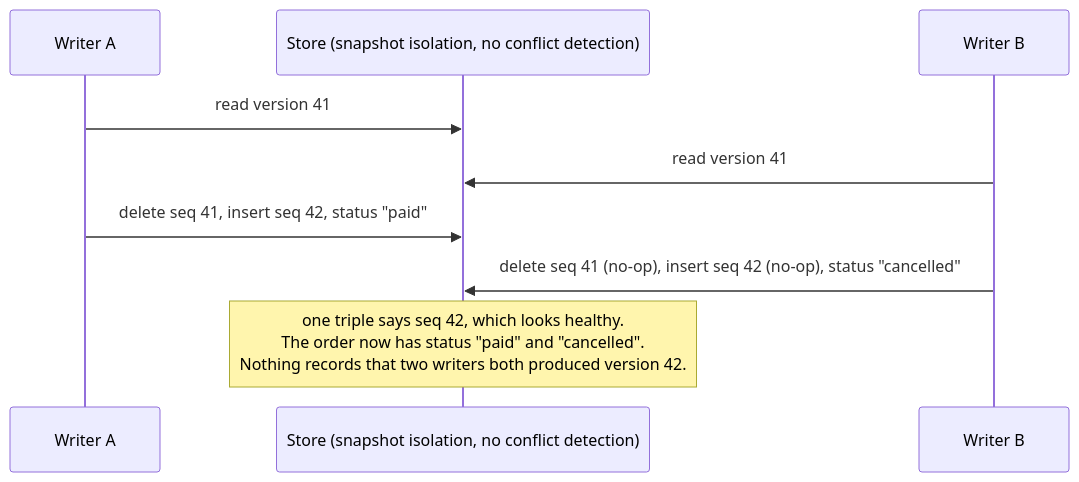
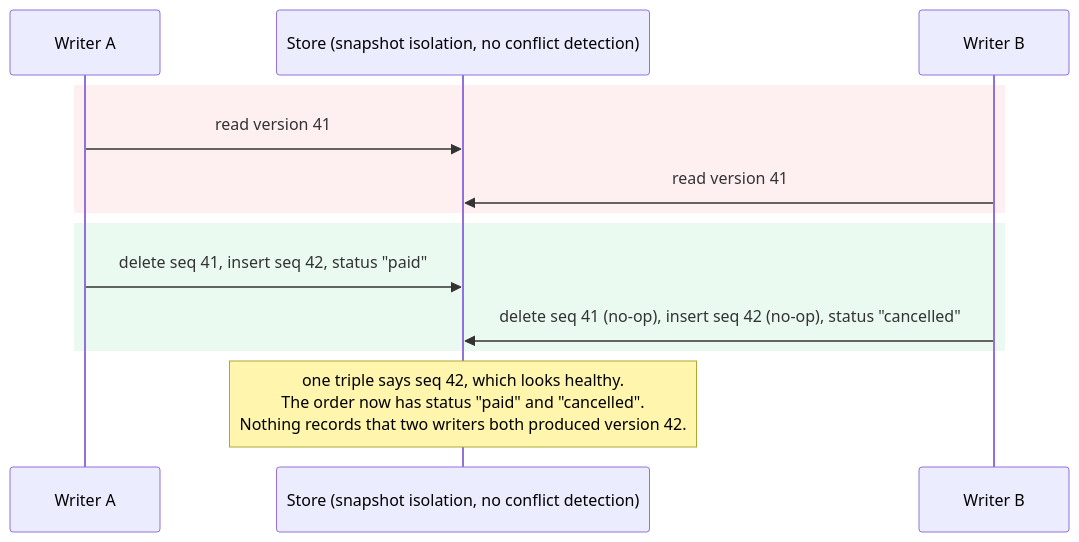
Before and after one commit to nebularis/lattice: the fourth of 50 diagrams in ontology/persistence/README.md, drawn with Mermaid. The commit also changed other lines of this file and 9 other files, not shown here.

````diff
--- a/ontology/persistence/README.md
+++ b/ontology/persistence/README.md
@@ -451,11 +482,15 @@
 ```mermaid
 sequenceDiagram
     participant A as Writer A
     participant S as Store (snapshot isolation, no conflict detection)
     participant B as Writer B
+    rect rgba(253, 226, 228, 0.5)
     A->>S: read version 41
     B->>S: read version 41
+    end
+    rect rgba(213, 245, 227, 0.5)
     A->>S: delete seq 41, insert seq 42, status "paid"
     B->>S: delete seq 41 (no-op), insert seq 42 (no-op), status "cancelled"
+    end
     Note over S: one triple says seq 42, which looks healthy.<br/>The order now has status "paid" and "cancelled".<br/>Nothing records that two writers both produced version 42.
 ```
````
